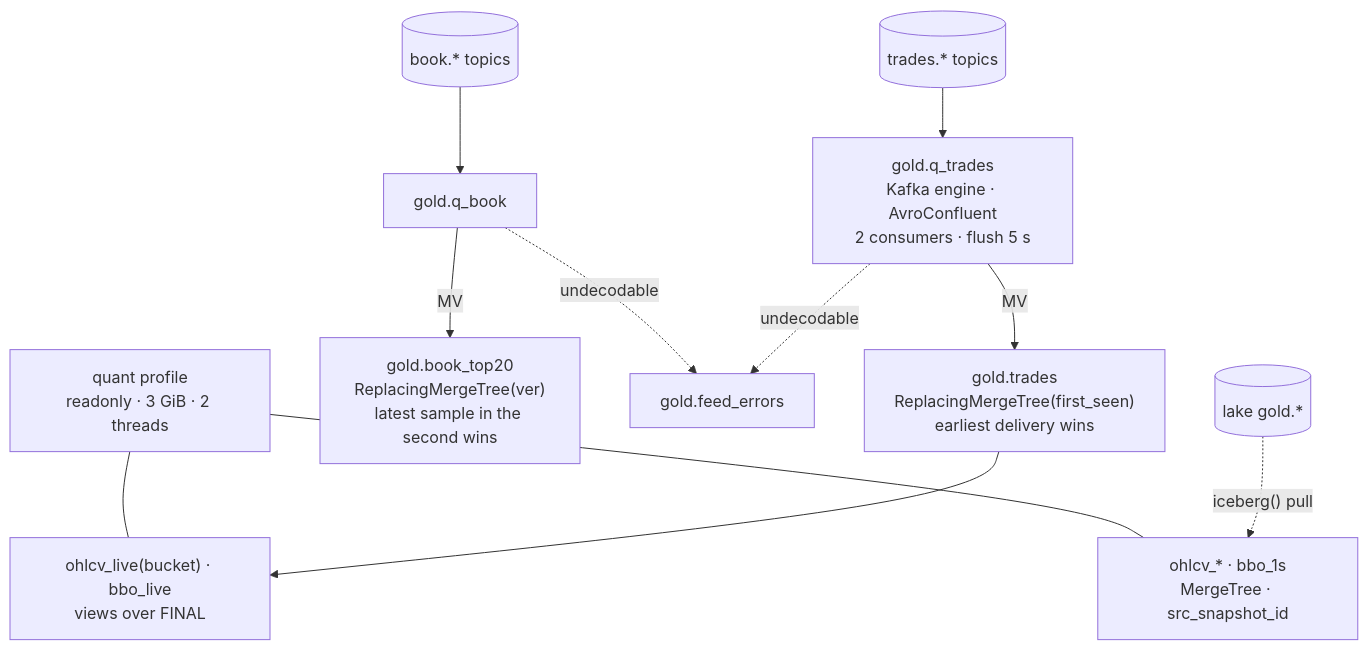
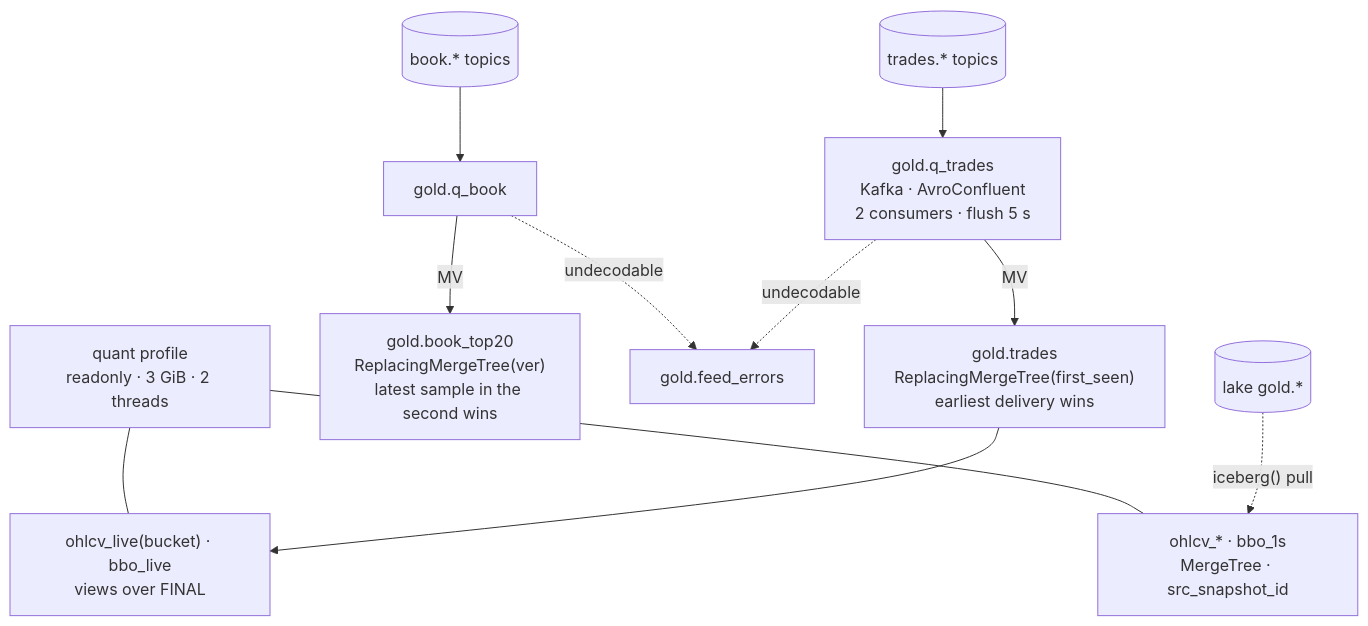
One commit to rjdscott/k2-market-data-platform changed the diagram in docs/architecture/10-clickhouse-gold.md. Above: the diagram before and after it, drawn with Mermaid. The commit also changed other lines of this file and 6 other files, not shown here.

Commit message:
docs(architecture): chapters 04 and 11 in book form; alert coverage stated as measured (22/28 runbook annotations, 17/28 tested)

````diff
--- a/docs/architecture/10-clickhouse-gold.md
+++ b/docs/architecture/10-clickhouse-gold.md
@@ -13,11 +49,11 @@
 ```mermaid
 flowchart TB
-  T[("trades.* topics")] --> QT["gold.q_trades<br/>Kafka engine · AvroConfluent<br/>2 consumers · flush 5 s"]
+  T[("trades.* topics")] --> QT["gold.q_trades<br/>Kafka · AvroConfluent<br/>2 consumers · flush 5 s"]
   B[("book.* topics")] --> QB["gold.q_book"]
   QT -->|MV| TR["gold.trades<br/>ReplacingMergeTree(first_seen)<br/>earliest delivery wins"]
   QB -->|MV| BK["gold.book_top20<br/>ReplacingMergeTree(ver)<br/>latest sample in the second wins"]
   QT & QB -.->|"undecodable"| FE["gold.feed_errors"]
   TR --> LV["ohlcv_live(bucket) · bbo_live<br/>views over FINAL"]
   LK[("lake gold.*")] -.->|"iceberg() pull"| PR["ohlcv_* · bbo_1s<br/>MergeTree · src_snapshot_id"]
   U["quant profile<br/>readonly · 3 GiB · 2 threads"] --- LV & PR
 ```
````
